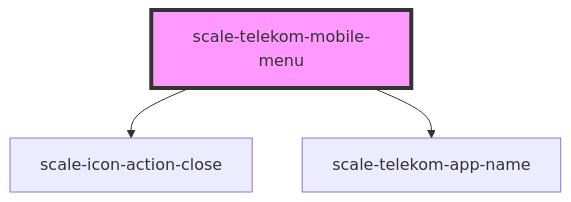
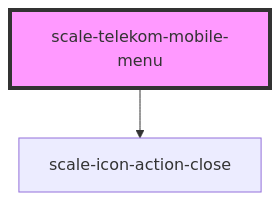
Before and after one commit to telekom/scale: the diagram in packages/components/src/components/telekom/telekom-mobile-menu/readme.md, drawn with Mermaid. The commit also changed other lines of this file and 7 other files, not shown here.

Commit message:
feat(telekom-header): add styles for app name (no component)

````diff
--- a/packages/components/src/components/telekom/telekom-mobile-menu/readme.md
+++ b/packages/components/src/components/telekom/telekom-mobile-menu/readme.md
@@ -45,6 +44,5 @@
 ```mermaid
 graph TD;
   scale-telekom-mobile-menu --> scale-icon-action-close
-  scale-telekom-mobile-menu --> scale-telekom-app-name
   style scale-telekom-mobile-menu fill:#f9f,stroke:#333,stroke-width:4px
 ```
````
